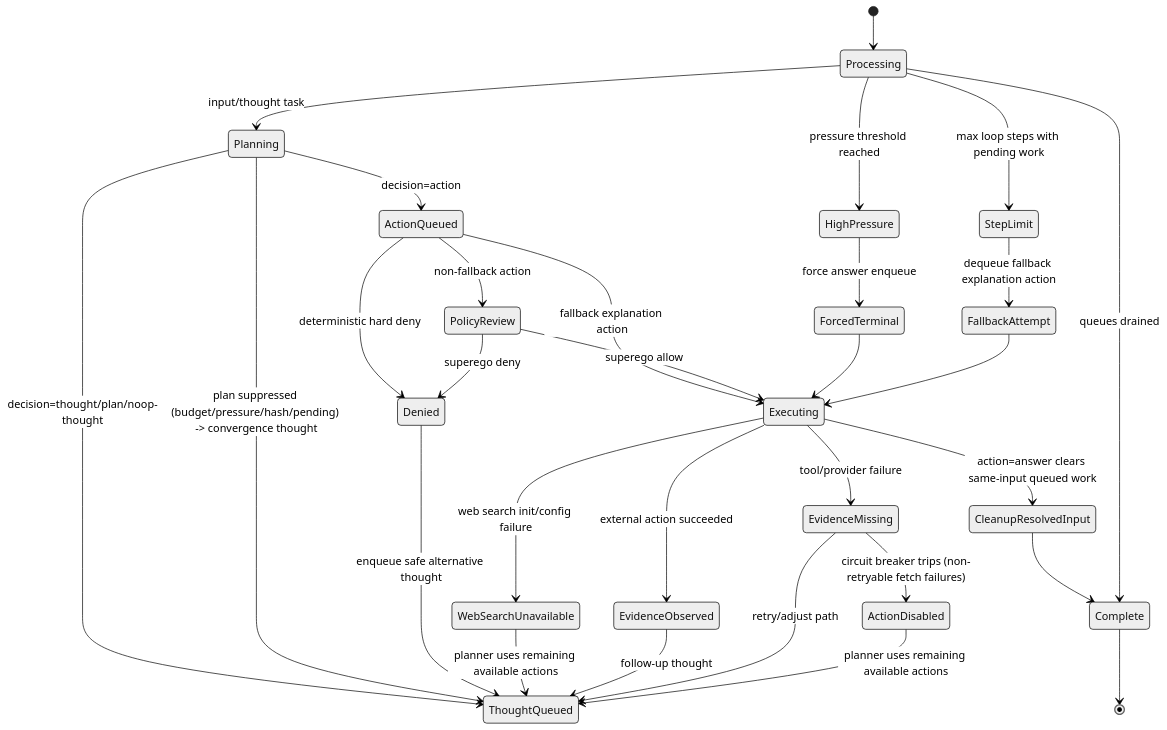
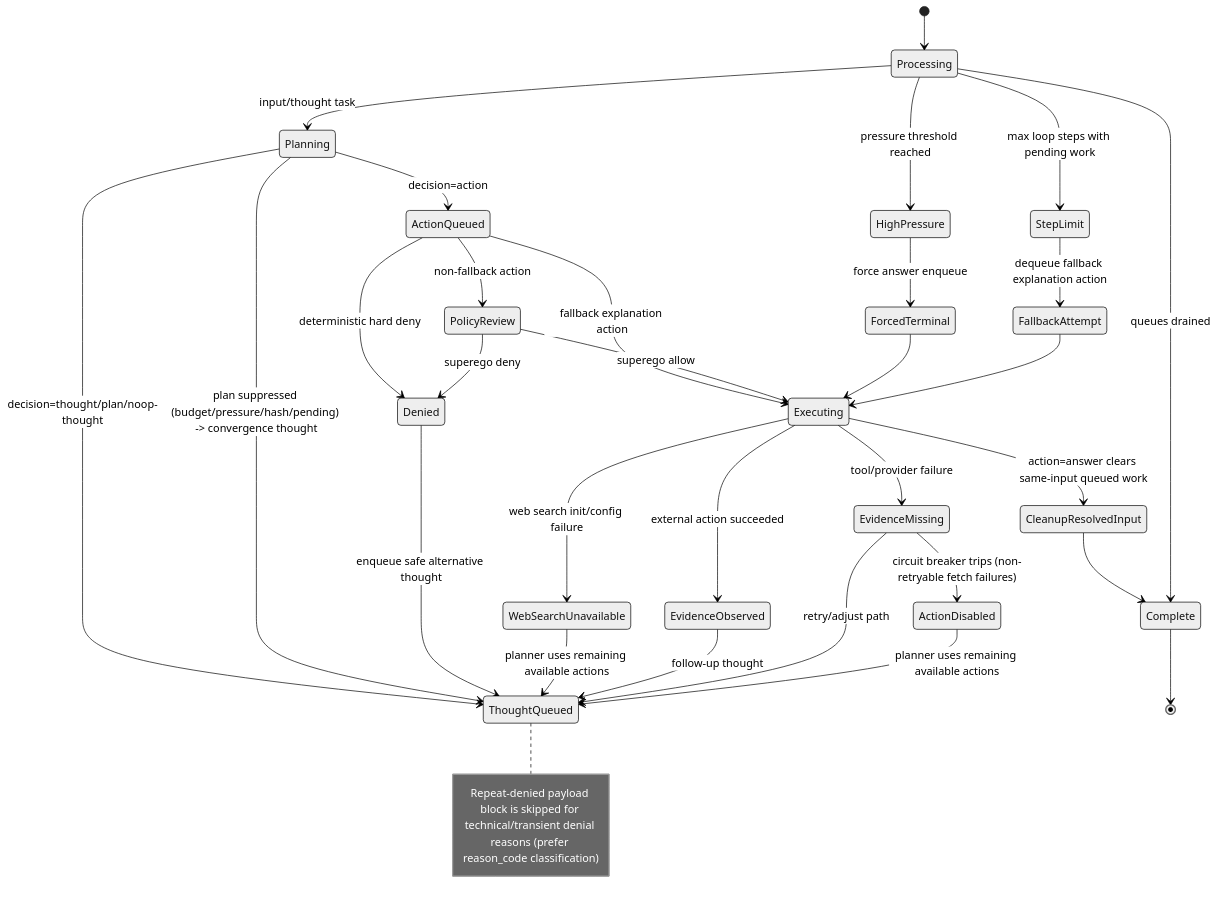
Before and after one commit to neopsyke/NeoPsyke: the fourth of 4 diagrams in AGENT_LOGIC_DIAGRAM.md, drawn with Mermaid (neutral theme). The commit also changed other lines of this file and 23 other files, not shown here.

````diff
--- a/AGENT_LOGIC_DIAGRAM.md
+++ b/AGENT_LOGIC_DIAGRAM.md
@@ -118,39 +121,40 @@
 ```mermaid
 stateDiagram-v2
     [*] --> Processing
 
     Processing --> Planning: input/thought task
     Planning --> ActionQueued: decision=action
     Planning --> ThoughtQueued: decision=thought/plan/noop-thought
     Planning --> ThoughtQueued: plan suppressed (budget/pressure/hash/pending) -> convergence thought
 
     ActionQueued --> PolicyReview: non-fallback action
     ActionQueued --> Executing: fallback explanation action
     ActionQueued --> Denied: deterministic hard deny
 
     PolicyReview --> Denied: superego deny
     Denied --> ThoughtQueued: enqueue safe alternative thought
+    Note right of ThoughtQueued: Repeat-denied payload block is skipped for technical/transient denial reasons (prefer reason_code classification)
 
     PolicyReview --> Executing: superego allow
     Executing --> EvidenceObserved: external action succeeded
     Executing --> EvidenceMissing: tool/provider failure
     Executing --> WebSearchUnavailable: web search init/config failure
     WebSearchUnavailable --> ThoughtQueued: planner uses remaining available actions
     EvidenceObserved --> ThoughtQueued: follow-up thought
     EvidenceMissing --> ThoughtQueued: retry/adjust path
     EvidenceMissing --> ActionDisabled: circuit breaker trips (non-retryable fetch failures)
     ActionDisabled --> ThoughtQueued: planner uses remaining available actions
 
     Processing --> HighPressure: pressure threshold reached
     HighPressure --> ForcedTerminal: force answer enqueue
     ForcedTerminal --> Executing
 
     Processing --> StepLimit: max loop steps with pending work
     StepLimit --> FallbackAttempt: dequeue fallback explanation action
     FallbackAttempt --> Executing
 
     Executing --> CleanupResolvedInput: action=answer clears same-input queued work
     CleanupResolvedInput --> Complete
     Processing --> Complete: queues drained
     Complete --> [*]
 ```
````
